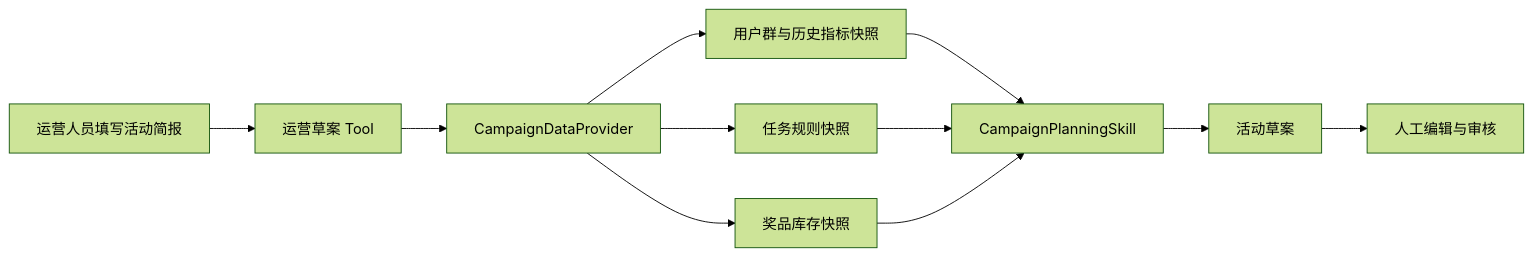
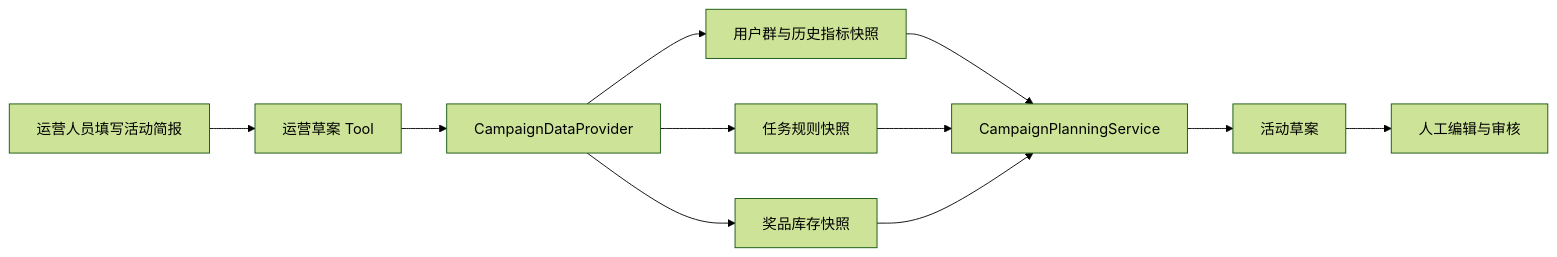
One commit to 2549704486a/java changed the diagram in docs/agent-design/37_运营活动草案最小闭环.md. Above: the diagram before and after it, drawn with Mermaid (forest theme). The commit also changed 27 other files, not shown here.

````diff
--- a/docs/agent-design/37_运营活动草案最小闭环.md
+++ b/docs/agent-design/37_运营活动草案最小闭环.md
@@ -19,13 +19,13 @@
 ```mermaid
 flowchart LR
     A[运营人员填写活动简报] --> B[运营草案 Tool]
     B --> C[CampaignDataProvider]
     C --> D[用户群与历史指标快照]
     C --> E[任务规则快照]
     C --> F[奖品库存快照]
-    D --> G[CampaignPlanningSkill]
+    D --> G[CampaignPlanningService]
     E --> G
     F --> G
     G --> H[活动草案]
     H --> I[人工编辑与审核]
 ```
````
